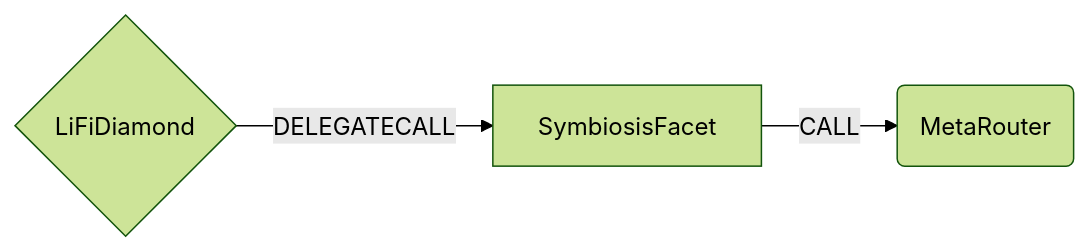
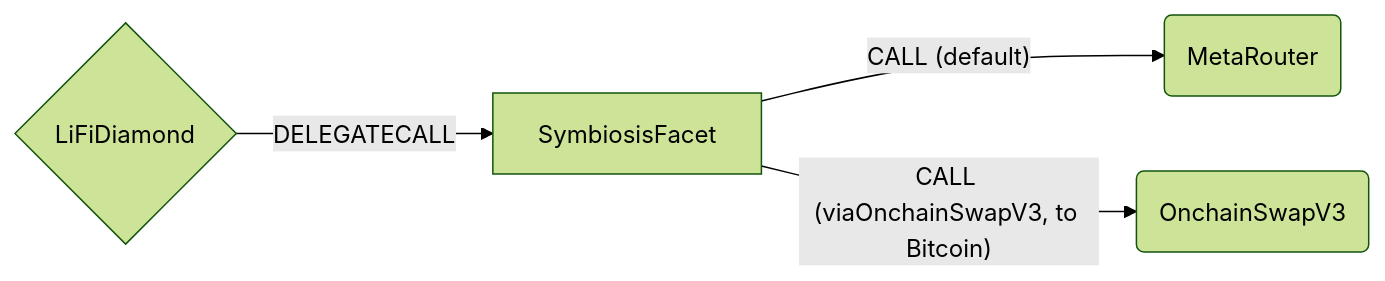
One commit to lifinance/contracts changed the diagram in docs/SymbiosisFacet.md. Above: the diagram before and after it, drawn with Mermaid (forest theme). The commit also changed other lines of this file and 15 other files, not shown here.

First line of the commit message:
feat(SymbiosisFacet): add OnchainSwapV3 (syBTC → Bitcoin) path, backend-signature gated (EXSC-267) [SymbiosisFacet v2.0.0, IOnchainSwapV3 v1.0.0] (#2045)

````diff
--- a/docs/SymbiosisFacet.md
+++ b/docs/SymbiosisFacet.md
@@ -7,5 +70,6 @@
 ```mermaid
 graph LR;
     D{LiFiDiamond}-- DELEGATECALL -->SymbiosisFacet;
-    SymbiosisFacet -- CALL --> C(MetaRouter)
+    SymbiosisFacet -- "CALL (default)" --> C(MetaRouter)
+    SymbiosisFacet -- "CALL (viaOnchainSwapV3, to Bitcoin)" --> O(OnchainSwapV3)
 ```
````
